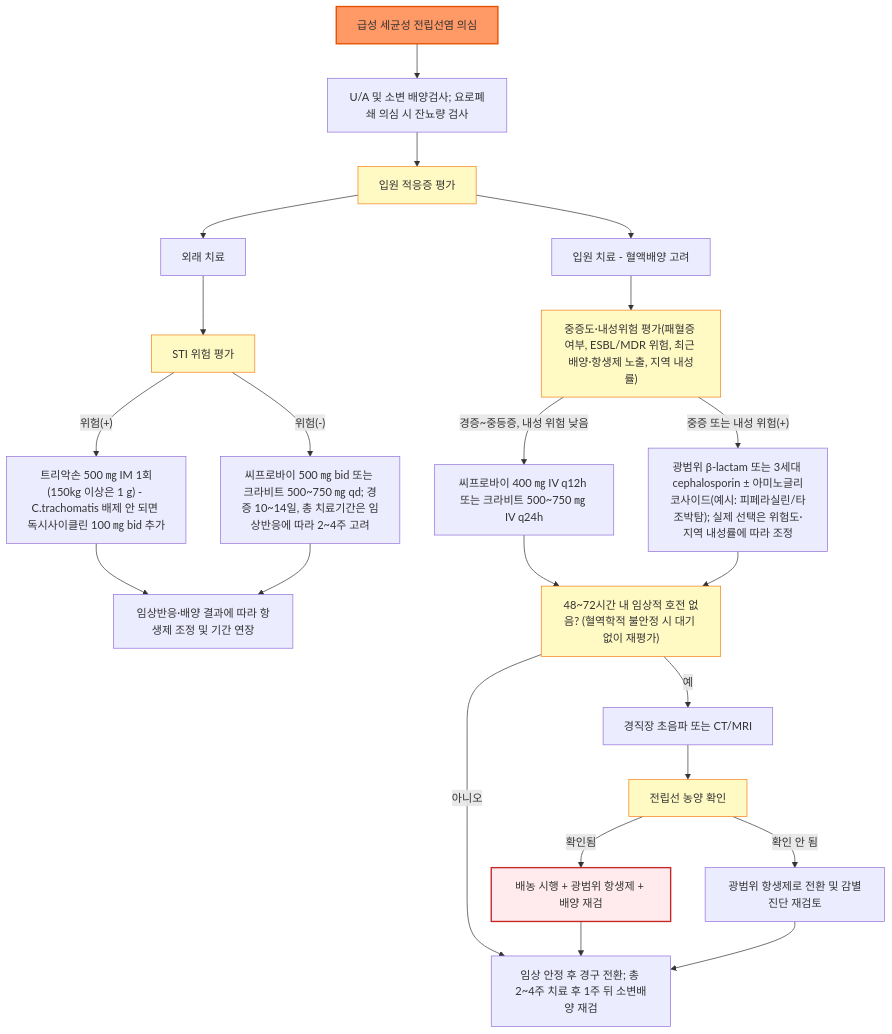
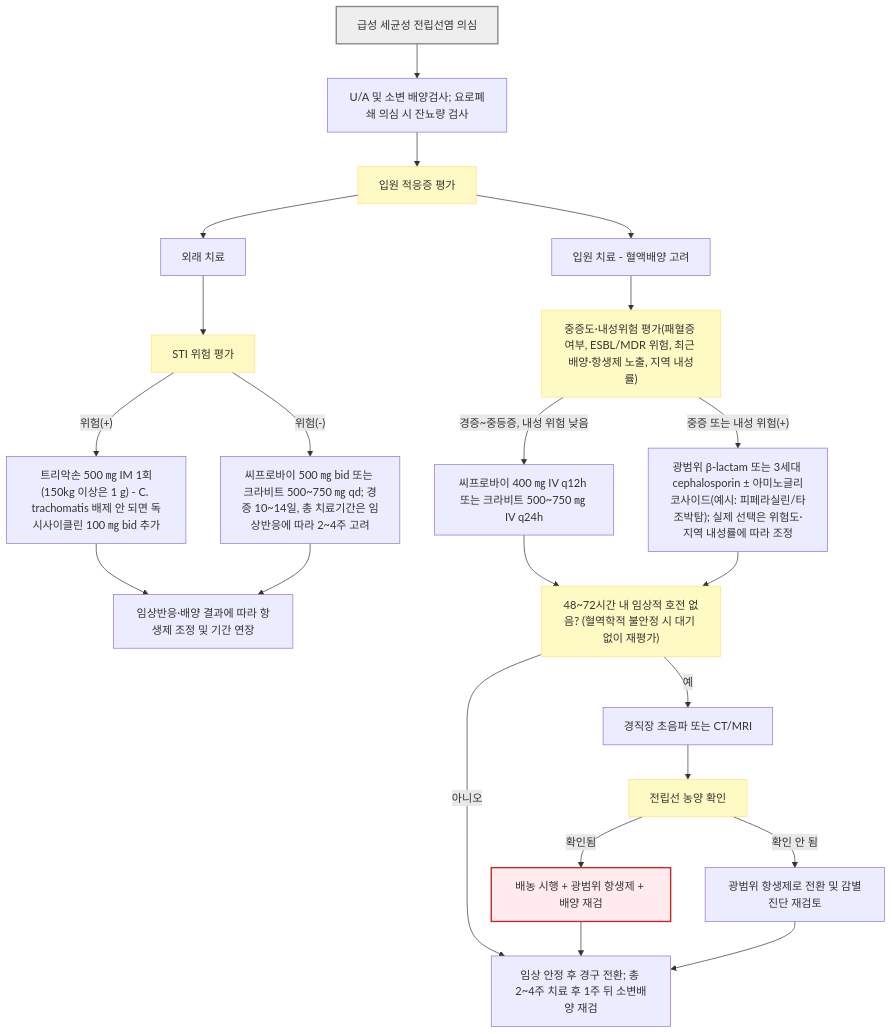
One commit to familyoh77/familyoh77 changed the first of 2 diagrams in 227_/120_-prostatitis.md. Above: the diagram before and after it, drawn with Mermaid. The commit also changed other lines of this file, not shown here.

````diff
--- a/227_/120_-prostatitis.md
+++ b/227_/120_-prostatitis.md
@@ -195,34 +195,34 @@
 ```mermaid
 graph TD
     Start["급성 세균성 전립선염 의심"] --> UA["U/A 및 소변 배양검사; 요로폐쇄 의심 시 잔뇨량 검사"]
     UA --> AdmitQ["입원 적응증 평가"]
     AdmitQ --> OPD["외래 치료"]
     AdmitQ --> IPD["입원 치료 - 혈액배양 고려"]
 
     OPD --> STIQ["STI 위험 평가"]
-    STIQ -->|"위험(+)"| Rx1["트리악손 500 ㎎ IM 1회(150kg 이상은 1 g) - C.trachomatis 배제 안 되면 독시사이클린 100 ㎎ bid 추가"]
+    STIQ -->|"위험(+)"| Rx1["트리악손 500 ㎎ IM 1회(150kg 이상은 1 g) - C. trachomatis 배제 안 되면 독시사이클린 100 ㎎ bid 추가"]
     STIQ -->|"위험(-)"| Rx2["씨프로바이 500 ㎎ bid 또는 크라비트 500~750 ㎎ qd; 경증 10~14일, 총 치료기간은 임상반응에 따라 2~4주 고려"]
     Rx1 --> F1["임상반응·배양 결과에 따라 항생제 조정 및 기간 연장"]
     Rx2 --> F1
 
     IPD --> SevQ["중증도·내성위험 평가(패혈증 여부, ESBL/MDR 위험, 최근 배양·항생제 노출, 지역 내성률)"]
     SevQ -->|"경증~중등증, 내성 위험 낮음"| Rx3["씨프로바이 400 ㎎ IV q12h 또는 크라비트 500~750 ㎎ IV q24h"]
     SevQ -->|"중증 또는 내성 위험(+)"| Rx4["광범위 β-lactam 또는 3세대 cephalosporin ± 아미노글리코사이드(예시: 피페라실린/타조박탐); 실제 선택은 위험도·지역 내성률에 따라 조정"]
     Rx3 --> RespQ["48~72시간 내 임상적 호전 없음? (혈역학적 불안정 시 대기 없이 재평가)"]
     Rx4 --> RespQ
     RespQ -->|"아니오"| Stable["임상 안정 후 경구 전환; 총 2~4주 치료 후 1주 뒤 소변배양 재검"]
     RespQ -->|"예"| Img["경직장 초음파 또는 CT/MRI"]
     Img --> AbsQ["전립선 농양 확인"]
     AbsQ -->|"확인됨"| Drain["배농 시행 + 광범위 항생제 + 배양 재검"]
     AbsQ -->|"확인 안 됨"| Broaden["광범위 항생제로 전환 및 감별진단 재검토"]
     Drain --> Stable
     Broaden --> Stable
 
-    style Start fill:#f96,stroke:#e65100,stroke-width:2px
-    style AdmitQ fill:#fff9c4,stroke:#f57f17
-    style STIQ fill:#fff9c4,stroke:#f57f17
-    style SevQ fill:#fff9c4,stroke:#f57f17
-    style RespQ fill:#fff9c4,stroke:#f57f17
-    style AbsQ fill:#fff9c4,stroke:#f57f17
+    style Start fill:#eeeeee,stroke:#888888,stroke-width:2px
+    style AdmitQ fill:#fff9c4,stroke:#ffe082
+    style STIQ fill:#fff9c4,stroke:#ffe082
+    style SevQ fill:#fff9c4,stroke:#ffe082
+    style RespQ fill:#fff9c4,stroke:#ffe082
+    style AbsQ fill:#fff9c4,stroke:#ffe082
     style Drain fill:#ffebee,stroke:#c62828,stroke-width:2px
 ```
````
